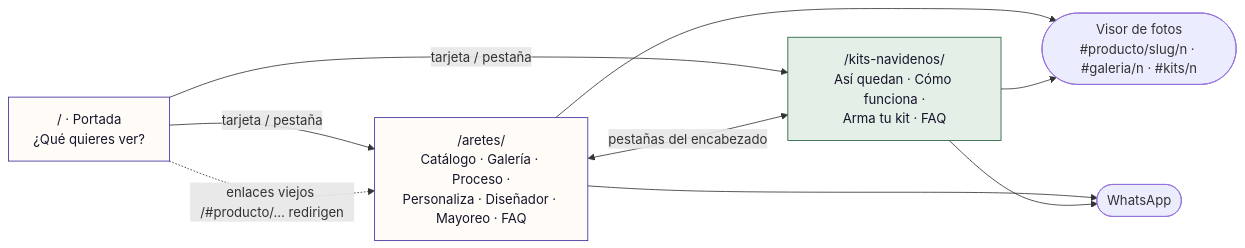
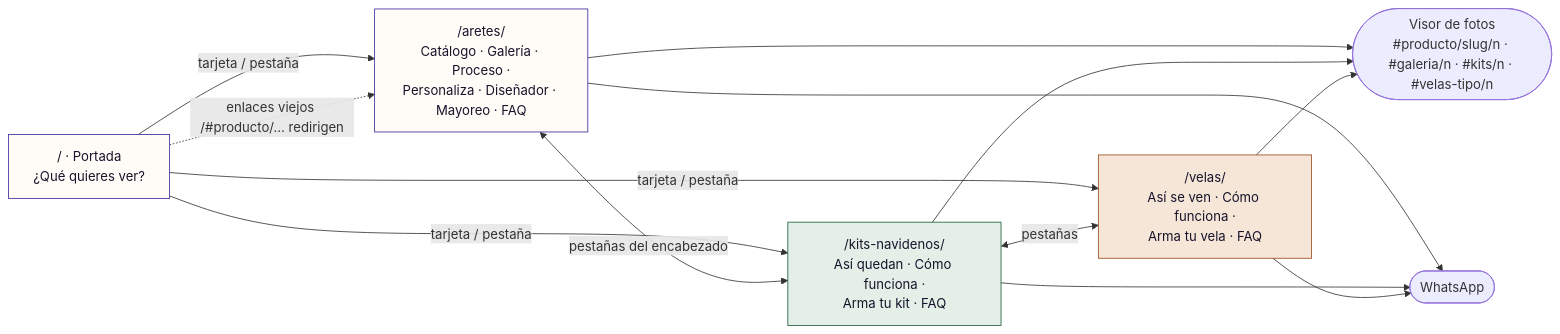
Before and after one commit to AIMtonio/front-aalcuadrado: the seventh of 7 diagrams in README.md, drawn with Mermaid. The commit also changed other lines of this file and 36 other files, not shown here.

````diff
--- a/README.md
+++ b/README.md
@@ -304,22 +304,29 @@
 ```mermaid
 flowchart LR
   inicio["/ · Portada<br/>¿Qué quieres ver?"]
   aretes["/aretes/<br/>Catálogo · Galería · Proceso ·<br/>Personaliza · Diseñador · Mayoreo · FAQ"]
   kits["/kits-navidenos/<br/>Así quedan · Cómo funciona ·<br/>Arma tu kit · FAQ"]
-  visor(["Visor de fotos<br/>#producto/slug/n · #galeria/n · #kits/n"])
+  velas["/velas/<br/>Así se ven · Cómo funciona ·<br/>Arma tu vela · FAQ"]
+  visor(["Visor de fotos<br/>#producto/slug/n · #galeria/n · #kits/n · #velas-tipo/n"])
   wa(["WhatsApp"])
 
   inicio -- "tarjeta / pestaña" --> aretes
   inicio -- "tarjeta / pestaña" --> kits
+  inicio -- "tarjeta / pestaña" --> velas
   aretes <-- "pestañas del encabezado" --> kits
+  kits <-- "pestañas" --> velas
   aretes --> visor
   kits --> visor
+  velas --> visor
   aretes --> wa
   kits --> wa
+  velas --> wa
   inicio -. "enlaces viejos /#producto/… redirigen" .-> aretes
 
   classDef pagina fill:#fffcf7,stroke:#3b2a9b,color:#17142b
   classDef kit fill:#e3efe7,stroke:#1f5e3b,color:#17142b
   class inicio,aretes pagina
+  classDef vela fill:#f6e6d8,stroke:#9a4a1c,color:#17142b
   class kits kit
+  class velas vela
 ```
````
